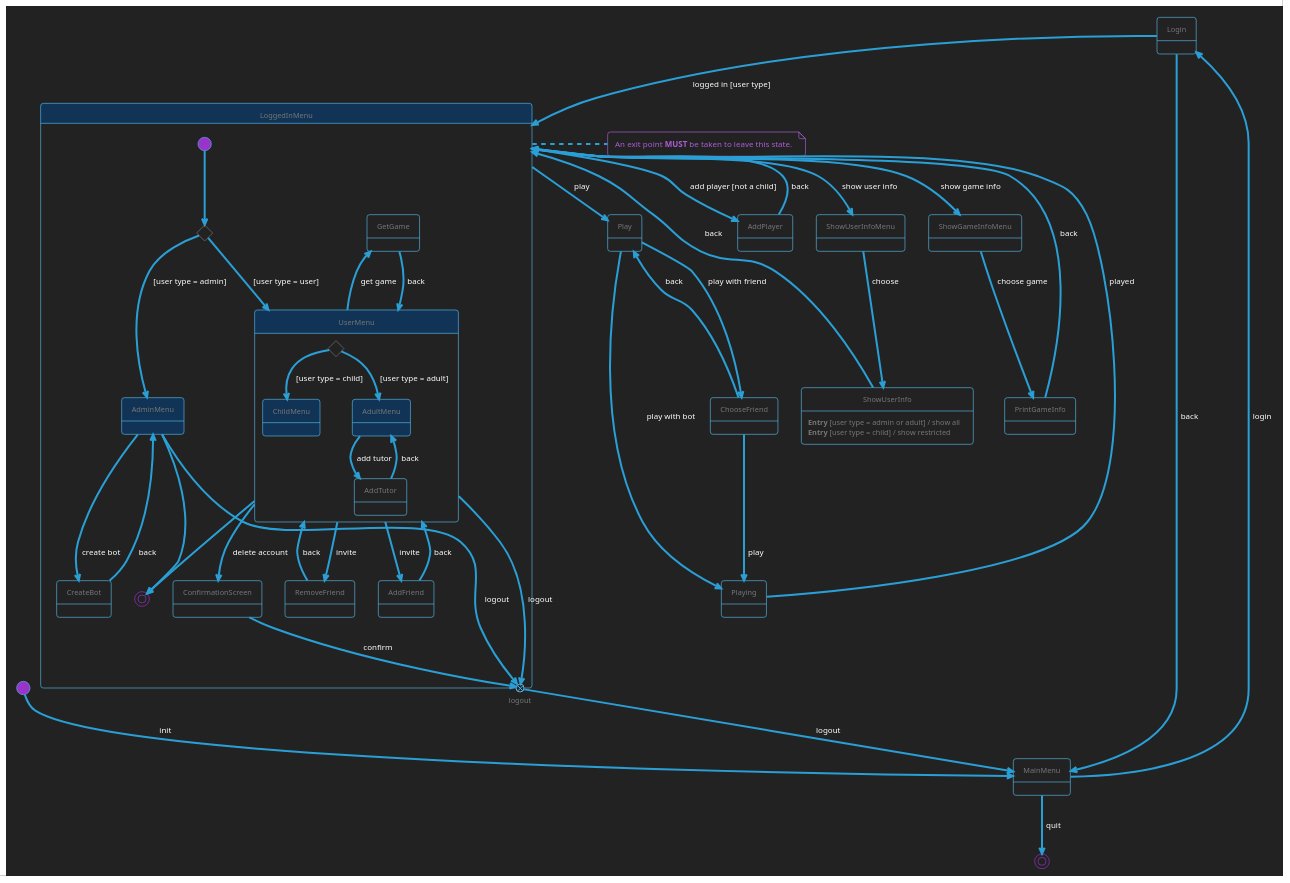
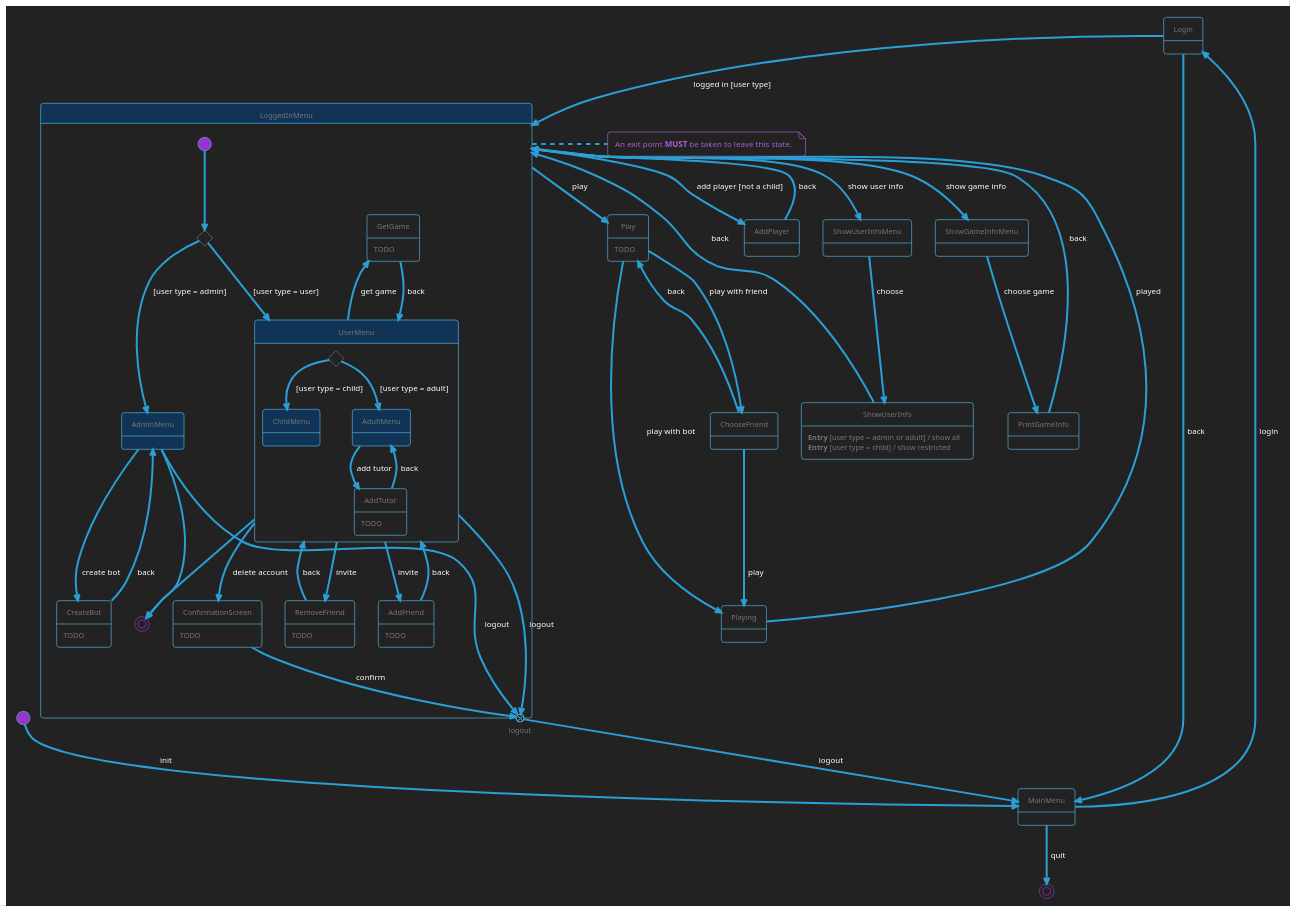
Before and after one commit to Picorims/game-hub: the diagram in docs/menu_state_machine.plantuml, drawn with PlantUML. The commit also changed 3 other files, not shown here.

```diff
--- a/docs/menu_state_machine.plantuml
+++ b/docs/menu_state_machine.plantuml
@@ -1,111 +1,118 @@
 @startuml menu_state_machine
 'MIT License
 '
 'Copyright (c) 2023 Picorims alias Charly Schmidt
 '
 'Permission is hereby granted, free of charge, to any person obtaining a copy
 'of this software and associated documentation files (the "Software"), to deal
 'in the Software without restriction, including without limitation the rights
 'to use, copy, modify, merge, publish, distribute, sublicense, and/or sell
 'copies of the Software, and to permit persons to whom the Software is
 'furnished to do so, subject to the following conditions:
 '
 'The above copyright notice and this permission notice shall be included in all
 'copies or substantial portions of the Software.
 '
 'THE SOFTWARE IS PROVIDED "AS IS", WITHOUT WARRANTY OF ANY KIND, EXPRESS OR
 'IMPLIED, INCLUDING BUT NOT LIMITED TO THE WARRANTIES OF MERCHANTABILITY,
 'FITNESS FOR A PARTICULAR PURPOSE AND NONINFRINGEMENT. IN NO EVENT SHALL THE
 'AUTHORS OR COPYRIGHT HOLDERS BE LIABLE FOR ANY CLAIM, DAMAGES OR OTHER
 'LIABILITY, WHETHER IN AN ACTION OF CONTRACT, TORT OR OTHERWISE, ARISING FROM,
 'OUT OF OR IN CONNECTION WITH THE SOFTWARE OR THE USE OR OTHER DEALINGS IN THE
 'SOFTWARE.
 
 !theme cyborg-outline
 skinparam BackgroundColor #222222
 
 state ShowUserInfoMenu
 state ShowGameInfoMenu
 state AddPlayer
 
 [*] --> MainMenu: init
 
 MainMenu --> Login: login
 MainMenu --> [*]: quit
 
 Login --> LoggedInMenu: logged in [user type]
 Login --> MainMenu: back
 
 state LoggedInMenu #113355 {
     state logout <<exitPoint>>
 
     state loginChoice <<choice>>
     [*] --> loginChoice
     loginChoice --> UserMenu: [user type = user]
     loginChoice --> AdminMenu: [user type = admin]
 
     state AdminMenu #113355
     AdminMenu --> logout: logout
     AdminMenu --> CreateBot: create bot
     AdminMenu --> [*]
 
     CreateBot --> AdminMenu: back
+    CreateBot: TODO
 
     state UserMenu #113355 {
         state userChoice <<choice>>
         userChoice --> ChildMenu: [user type = child]
         userChoice --> AdultMenu: [user type = adult]
 
         state ChildMenu #113355
 
         state AdultMenu #113355
         AdultMenu --> AddTutor: add tutor
 
         AddTutor --> AdultMenu: back
+        AddTutor: TODO
     }
     UserMenu --> AddFriend: invite
     UserMenu --> RemoveFriend: invite
     UserMenu -up-> GetGame: get game
     UserMenu --> logout: logout
     UserMenu --> ConfirmationScreen: delete account
     UserMenu --> [*]
 
     ConfirmationScreen --> logout: confirm
+    ConfirmationScreen: TODO
 
     GetGame --> UserMenu: back
+    GetGame: TODO
 
     AddFriend --> UserMenu: back
+    AddFriend: TODO
 
     RemoveFriend --> UserMenu: back
+    RemoveFriend: TODO
 }
 logout --> MainMenu: logout
 LoggedInMenu --> ShowUserInfoMenu: show user info
 LoggedInMenu --> ShowGameInfoMenu: show game info
 LoggedInMenu --> AddPlayer: add player [not a child]
 LoggedInMenu --> Play: play
 
 note right of LoggedInMenu
     An exit point <b>MUST</b> be taken to leave this state.
 end note
 
 ShowUserInfoMenu --> ShowUserInfo: choose
 
 ShowUserInfo: <b>Entry</b> [user type = admin or adult] / show all
 ShowUserInfo: <b>Entry</b> [user type = child] / show restricted
 ShowUserInfo --> LoggedInMenu: back
 
 ShowGameInfoMenu --> PrintGameInfo: choose game
 
 PrintGameInfo --> LoggedInMenu: back
 
 AddPlayer --> LoggedInMenu: back
 
 Play --> ChooseFriend: play with friend
 Play --> Playing: play with bot
+Play: TODO
 
 ChooseFriend --> Playing: play
 ChooseFriend --> Play: back
 
 Playing --> LoggedInMenu: played
 
 @enduml
```
